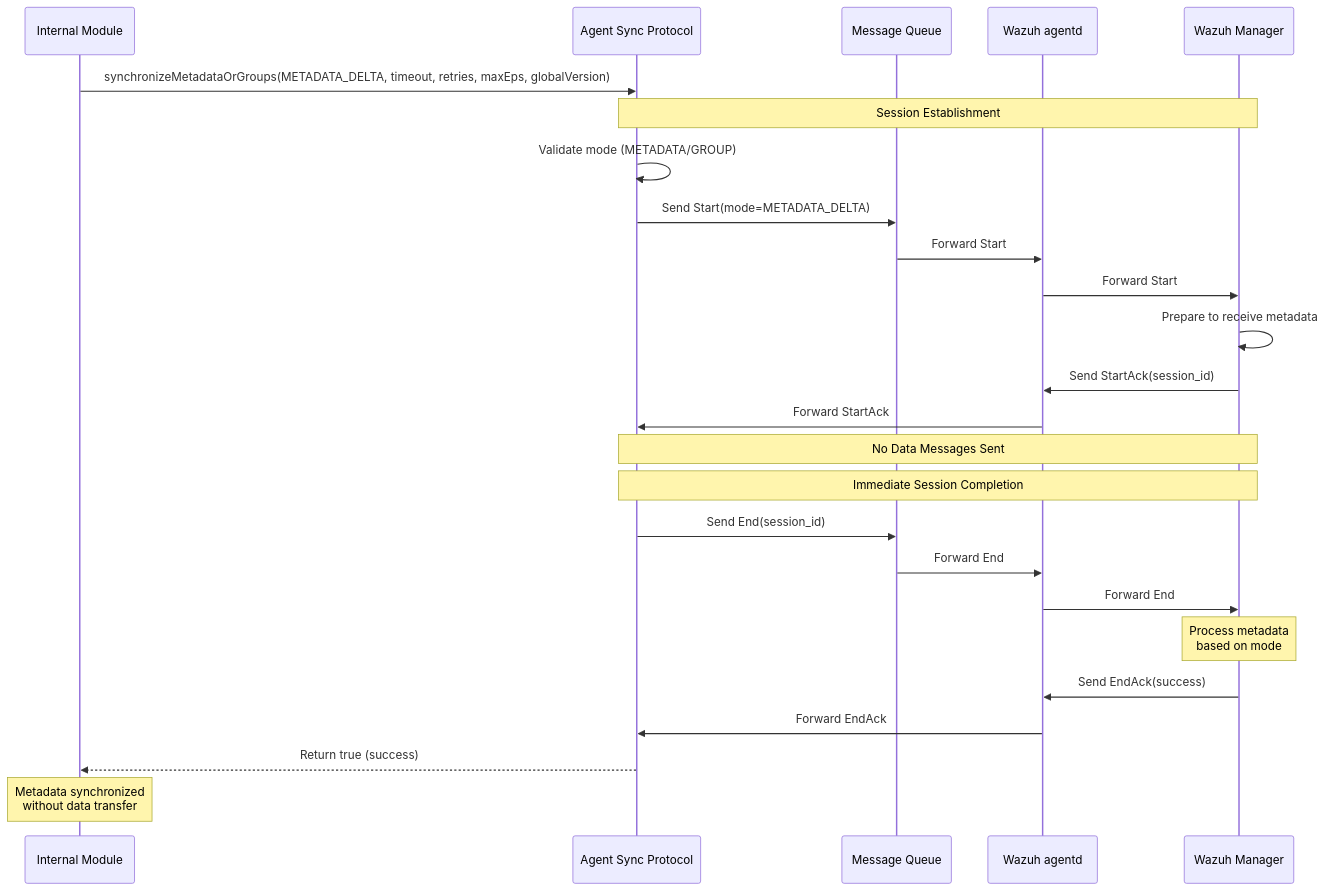
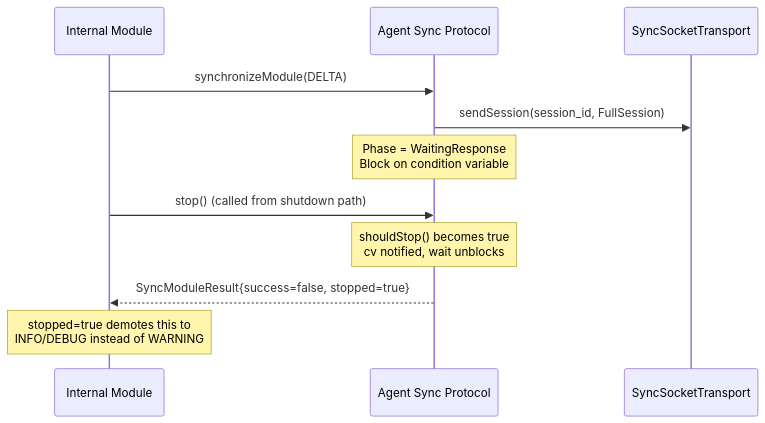
One commit to wazuh/wazuh changed diagram 11 of 12 in docs/ref/modules/utils/sync-protocol/sequence-diagrams.md. Above: the diagram before and after it, drawn with Mermaid. The commit also changed other lines of this file and 9 other files, not shown here.

Commit message:
refactor(sync-protocol): fold FullSession's four payload vectors into one union

````diff
--- a/docs/ref/modules/utils/sync-protocol/sequence-diagrams.md
+++ b/docs/ref/modules/utils/sync-protocol/sequence-diagrams.md
@@ -434,35 +272,16 @@
 ```mermaid
 sequenceDiagram
     participant Module as Internal Module
     participant ASP as Agent Sync Protocol
-    participant MQ as Message Queue
-    participant AD as Wazuh agentd
-    participant Manager as Wazuh Manager
+    participant Transport as SyncSocketTransport
 
-    Module->>ASP: synchronizeMetadataOrGroups(METADATA_DELTA, timeout, retries, maxEps, globalVersion)
+    Module->>ASP: synchronizeModule(DELTA)
+    ASP->>Transport: sendSession(session_id, FullSession)
+    Note over ASP: Phase = WaitingResponse<br/>Block on condition variable
 
-    Note over ASP,Manager: Session Establishment
-    ASP->>ASP: Validate mode (METADATA/GROUP)
-    ASP->>MQ: Send Start(mode=METADATA_DELTA)
-    MQ->>AD: Forward Start
-    AD->>Manager: Forward Start
-    Manager->>Manager: Prepare to receive metadata
-    Manager->>AD: Send StartAck(session_id)
-    AD->>ASP: Forward StartAck
+    Module->>ASP: stop() (called from shutdown path)
+    Note over ASP: shouldStop() becomes true<br/>cv notified, wait unblocks
 
-    Note over ASP,Manager: No Data Messages Sent
-
-    Note over ASP,Manager: Immediate Session Completion
-    ASP->>MQ: Send End(session_id)
-    MQ->>AD: Forward End
-    AD->>Manager: Forward End
-
-    Note over Manager: Process metadata<br/>based on mode
-
-    Manager->>AD: Send EndAck(success)
-    AD->>ASP: Forward EndAck
-
-    ASP-->>Module: Return true (success)
-
-    Note over Module: Metadata synchronized<br/>without data transfer
+    ASP-->>Module: SyncModuleResult{success=false, stopped=true}
+    Note over Module: stopped=true demotes this to<br/>INFO/DEBUG instead of WARNING
 ```
````
